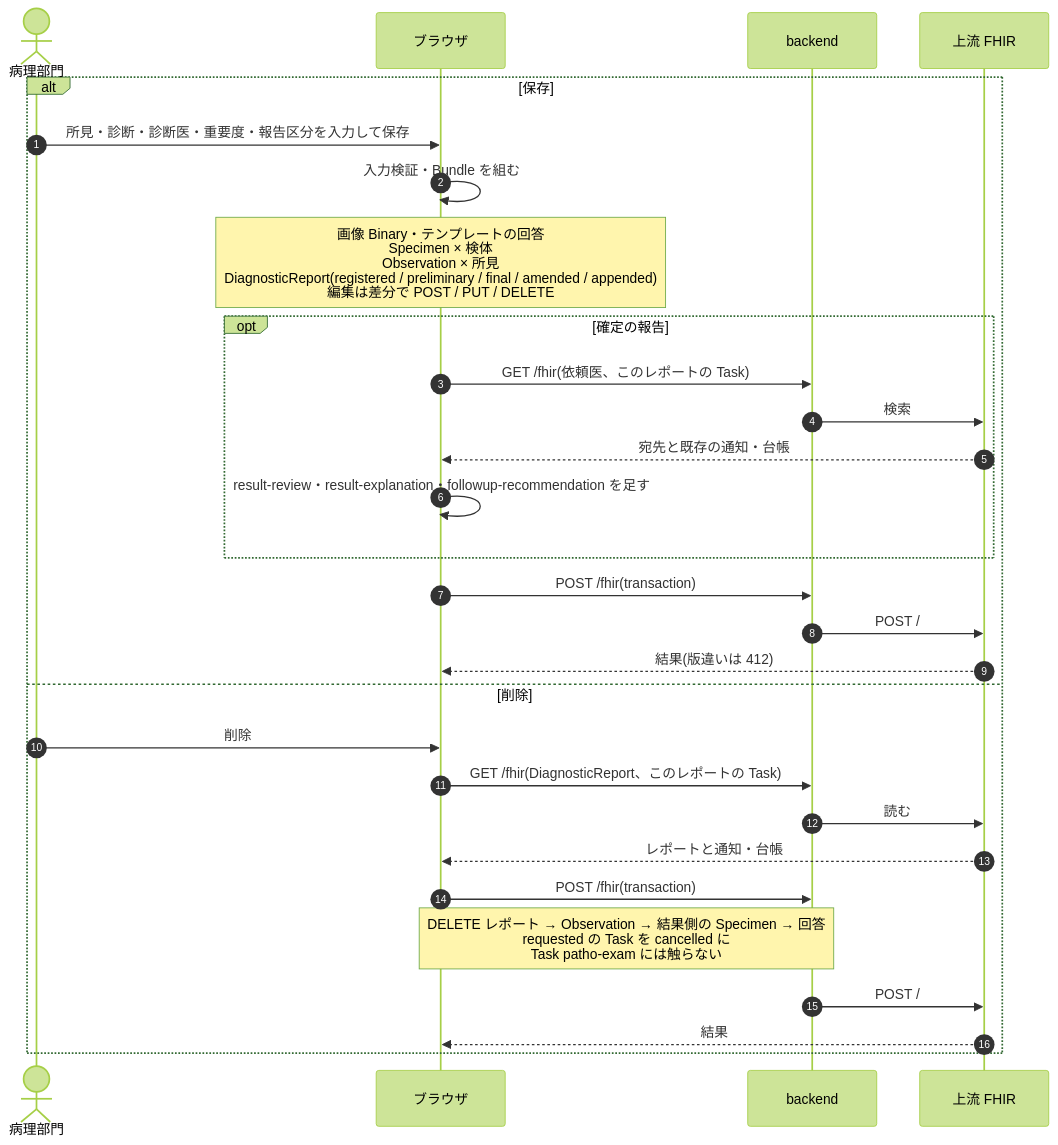
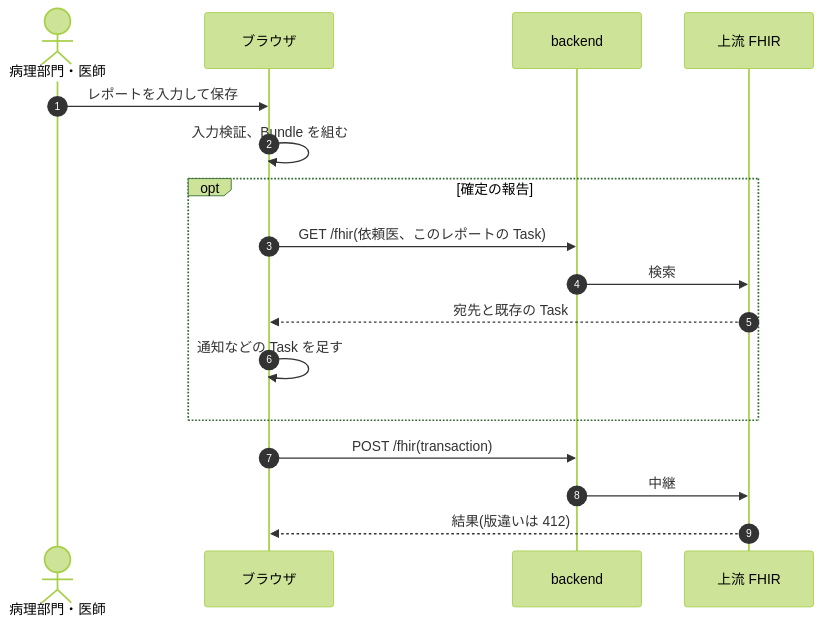
Before and after one commit to ysnr-dev/fhir-client-docs: the tenth of 12 diagrams in docs/dev/patho.md, drawn with Mermaid (forest theme). The commit also changed other lines of this file and 43 other files, not shown here.

Commit message:
docs: 業務フローとシーケンス図を写し直し

````diff
--- a/docs/dev/patho.md
+++ b/docs/dev/patho.md
@@ -208,32 +439,20 @@
 ```mermaid
 sequenceDiagram
   autonumber
-  actor Tech as 病理部門
+  actor Tech as 病理部門・医師
   participant UI as ブラウザ
   participant BE as backend
   participant FHIR as 上流 FHIR
 
-  alt 保存
-    Tech->>UI: 所見・診断・診断医・重要度・報告区分を入力して保存
-    UI->>UI: 入力検証・Bundle を組む
-    Note over UI: 画像 Binary・テンプレートの回答<br/>Specimen × 検体<br/>Observation × 所見<br/>DiagnosticReport(registered / preliminary / final / amended / appended)<br/>編集は差分で POST / PUT / DELETE
-    opt 確定の報告
-      UI->>BE: GET /fhir(依頼医、このレポートの Task)
-      BE->>FHIR: 検索
-      FHIR-->>UI: 宛先と既存の通知・台帳
-      UI->>UI: result-review・result-explanation・followup-recommendation を足す
-    end
-    UI->>BE: POST /fhir(transaction)
-    BE->>FHIR: POST /
-    FHIR-->>UI: 結果(版違いは 412)
-  else 削除
-    Tech->>UI: 削除
-    UI->>BE: GET /fhir(DiagnosticReport、このレポートの Task)
-    BE->>FHIR: 読む
-    FHIR-->>UI: レポートと通知・台帳
-    UI->>BE: POST /fhir(transaction)
-    Note over UI,BE: DELETE レポート → Observation → 結果側の Specimen → 回答<br/>requested の Task を cancelled に<br/>Task patho-exam には触らない
-    BE->>FHIR: POST /
-    FHIR-->>UI: 結果
+  Tech->>UI: レポートを入力して保存
+  UI->>UI: 入力検証、Bundle を組む
+  opt 確定の報告
+    UI->>BE: GET /fhir(依頼医、このレポートの Task)
+    BE->>FHIR: 検索
+    FHIR-->>UI: 宛先と既存の Task
+    UI->>UI: 通知などの Task を足す
   end
+  UI->>BE: POST /fhir(transaction)
+  BE->>FHIR: 中継
+  FHIR-->>UI: 結果(版違いは 412)
 ```
````
